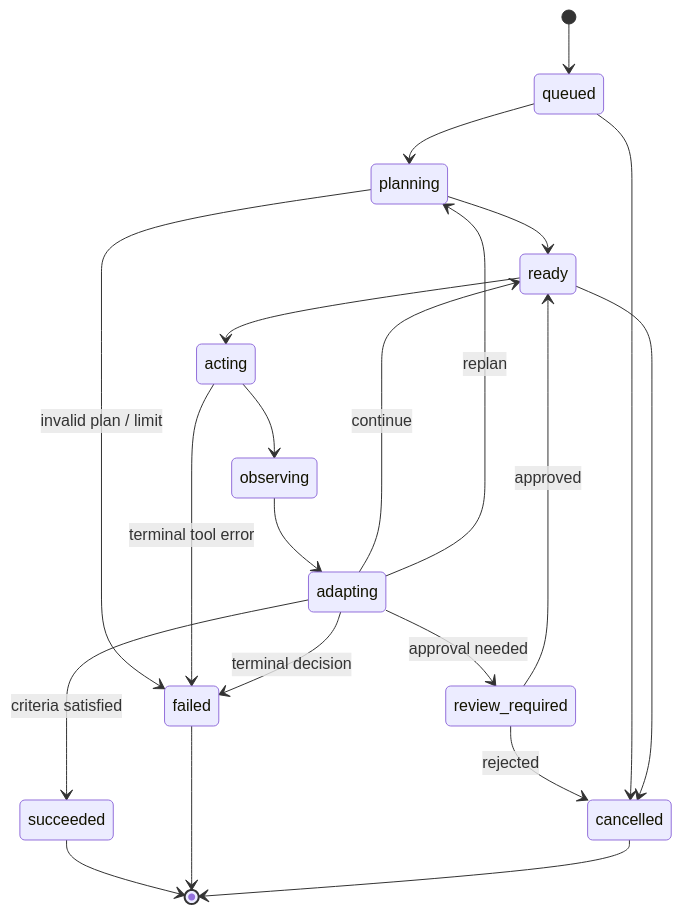
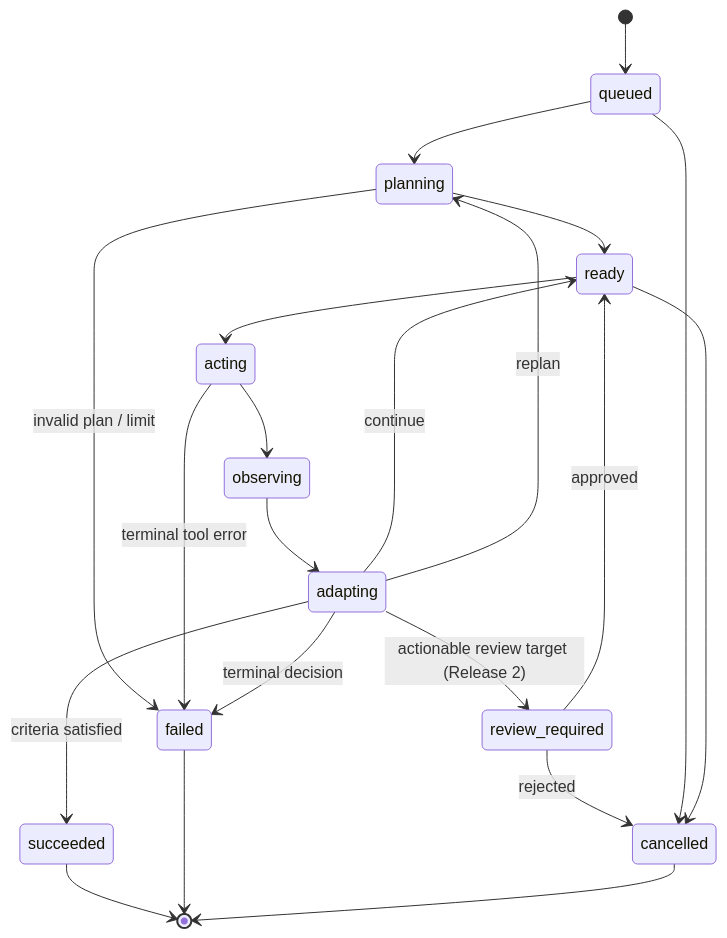
The third of 3 diagrams in docs/architecture/shared-platform-design.md (MattShelton04/41026ASDProject), drawn with Mermaid before and after one commit. The commit also changed 3 other files, not shown here.

````diff
--- a/docs/architecture/shared-platform-design.md
+++ b/docs/architecture/shared-platform-design.md
@@ -382,23 +382,23 @@
 ```mermaid
 stateDiagram-v2
     [*] --> queued
     queued --> planning
     planning --> ready
     ready --> acting
     acting --> observing
     observing --> adapting
     adapting --> ready: continue
     adapting --> planning: replan
-    adapting --> review_required: approval needed
+    adapting --> review_required: actionable review target (Release 2)
     review_required --> ready: approved
     review_required --> cancelled: rejected
     adapting --> succeeded: criteria satisfied
     planning --> failed: invalid plan / limit
     acting --> failed: terminal tool error
     adapting --> failed: terminal decision
     queued --> cancelled
     ready --> cancelled
     succeeded --> [*]
     failed --> [*]
     cancelled --> [*]
 ```
````
